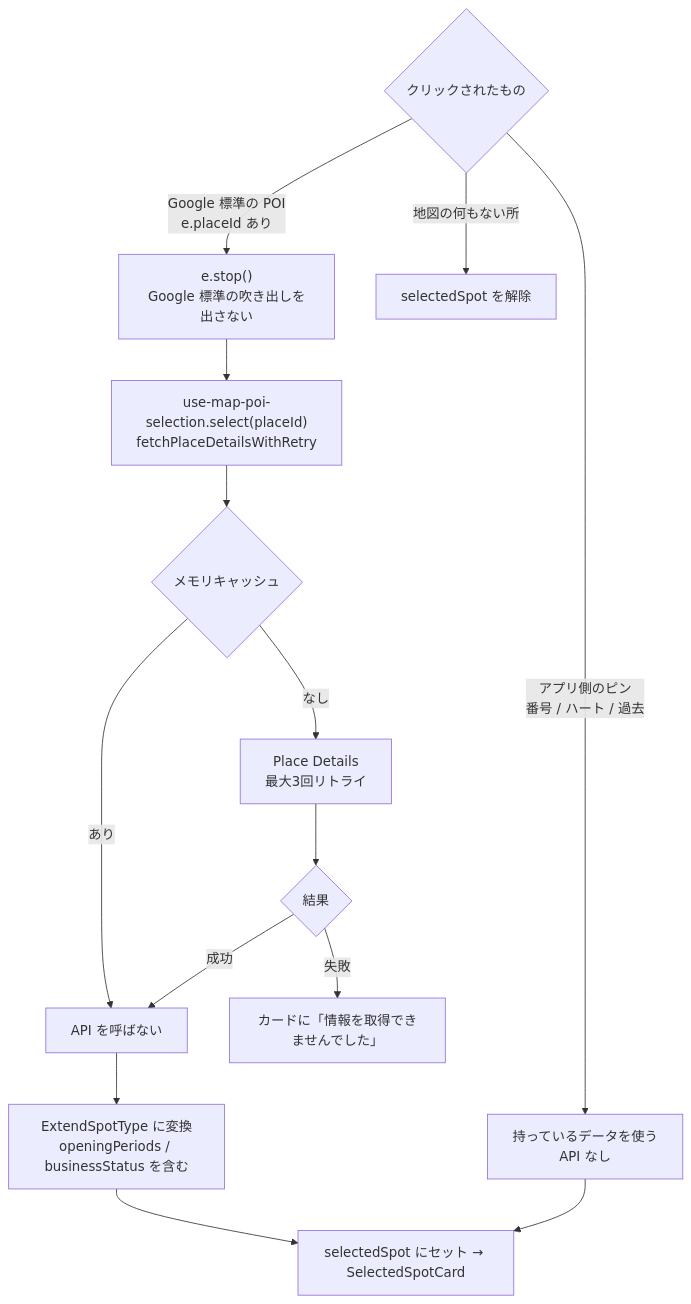
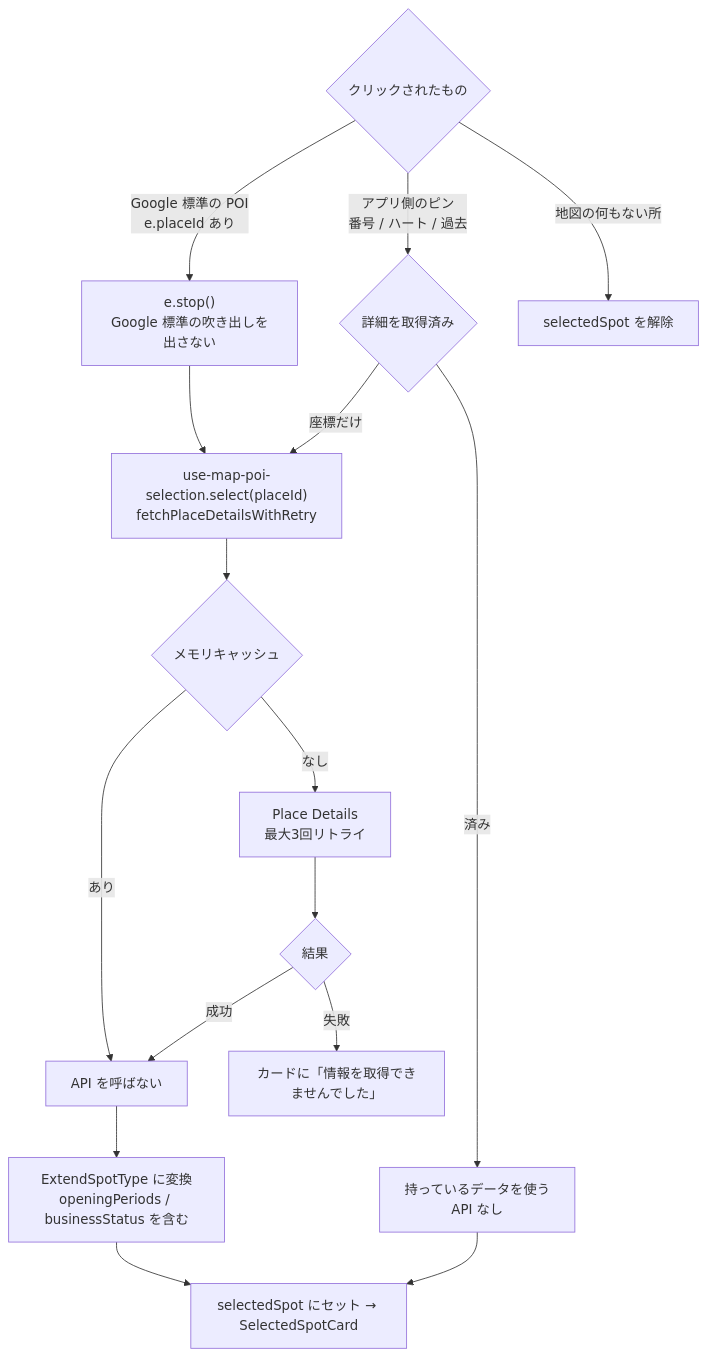
The fourth of 7 diagrams in docs/tasks/No.341/No.341_処理フロー.md (ju-ki/moptabi), drawn with Mermaid before and after one commit. The commit also changed other lines of this file and 3 other files, not shown here.

````diff
--- a/docs/tasks/No.341/No.341_処理フロー.md
+++ b/docs/tasks/No.341/No.341_処理フロー.md
@@ -77,16 +85,18 @@
 ```mermaid
 flowchart TD
   A{"クリックされたもの"} -->|"Google 標準の POI<br/>e.placeId あり"| B["e.stop()<br/>Google 標準の吹き出しを出さない"]
   B --> C["use-map-poi-selection.select(placeId)<br/>fetchPlaceDetailsWithRetry"]
   C --> D{"メモリキャッシュ"}
   D -->|"あり"| E["API を呼ばない"]
   D -->|"なし"| F["Place Details<br/>最大3回リトライ"]
   F --> G{"結果"}
   G -->|"成功"| E
   G -->|"失敗"| G1["カードに「情報を取得できませんでした」"]
   E --> H["ExtendSpotType に変換<br/>openingPeriods / businessStatus を含む"]
-  A -->|"アプリ側のピン<br/>番号 / ハート / 過去"| I["持っているデータを使う<br/>API なし"]
+  A -->|"アプリ側のピン<br/>番号 / ハート / 過去"| I0{"詳細を取得済み"}
+  I0 -->|"済み"| I["持っているデータを使う<br/>API なし"]
+  I0 -->|"座標だけ"| C
   A -->|"地図の何もない所"| J["selectedSpot を解除"]
   H --> K["selectedSpot にセット → SelectedSpotCard"]
   I --> K
 ```
````
